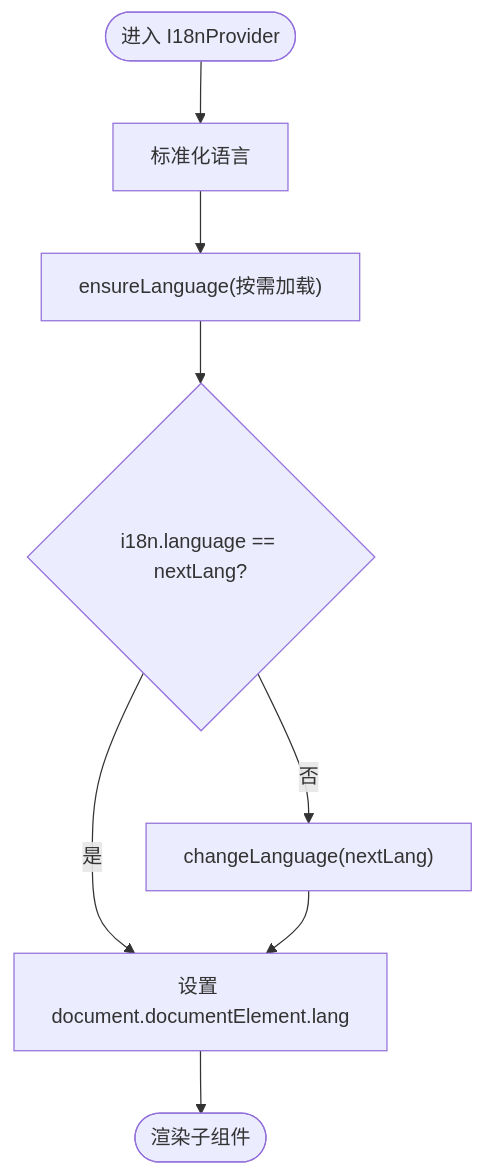
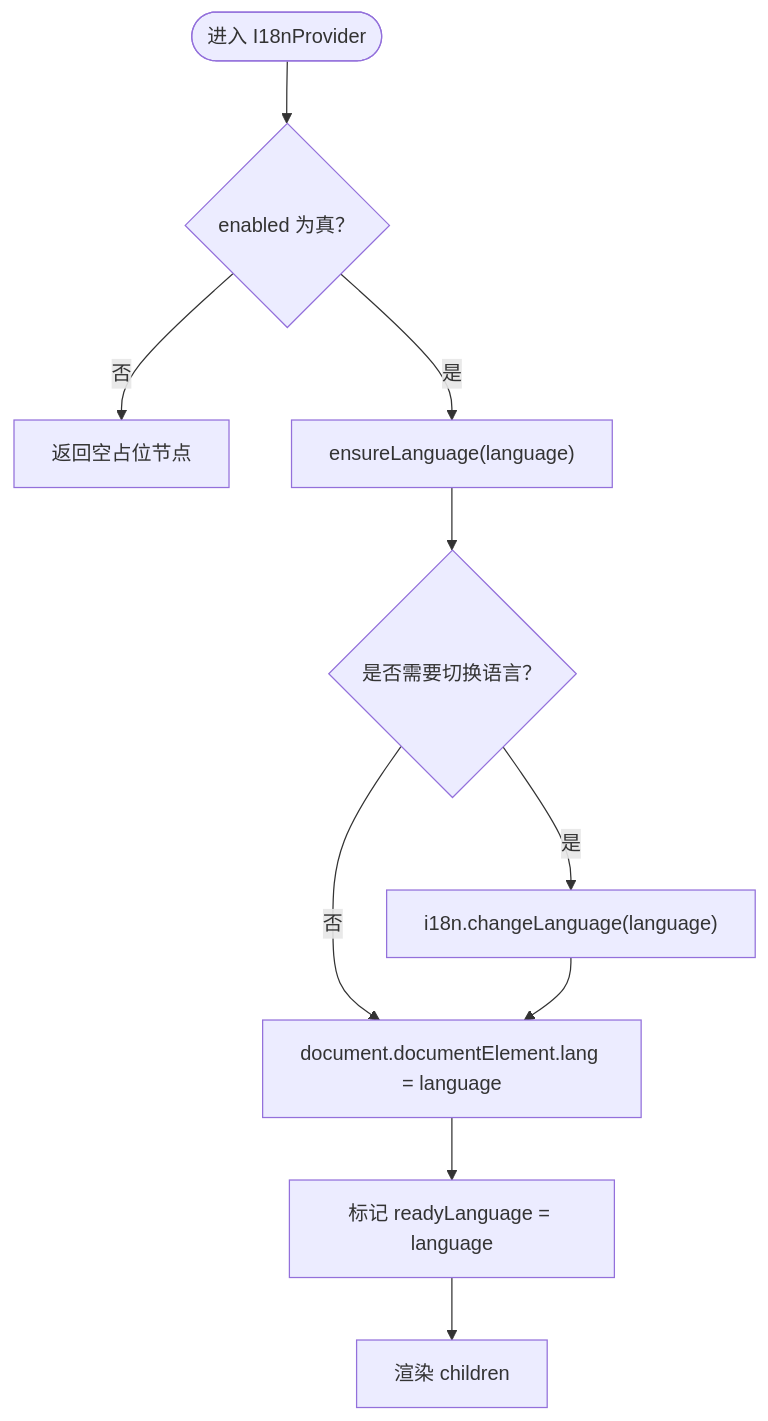
One commit to gongzili456/DeepTutor changed the third of 7 diagrams in .qoder/repowiki/zh/content/前端架构/国际化支持.md. Above: the diagram before and after it, drawn with Mermaid. The commit also changed other lines of this file and 1242 other files, not shown here.

````diff
--- a/.qoder/repowiki/zh/content/前端架构/国际化支持.md
+++ b/.qoder/repowiki/zh/content/前端架构/国际化支持.md
@@ -113,10 +122,12 @@
 ```mermaid
 flowchart TD
-Start(["进入 I18nProvider"]) --> Normalize["标准化语言"]
-Normalize --> Ensure["ensureLanguage(按需加载)"]
-Ensure --> Check{"i18n.language == nextLang?"}
-Check -- 否 --> Change["changeLanguage(nextLang)"]
-Check -- 是 --> SyncHTML["设置 document.documentElement.lang"]
-Change --> SyncHTML
-SyncHTML --> End(["渲染子组件"])
+Start(["进入 I18nProvider"]) --> CheckEnabled{"enabled 为真？"}
+CheckEnabled --> |否| RenderEmpty["返回空占位节点"]
+CheckEnabled --> |是| Ensure["ensureLanguage(language)"]
+Ensure --> ChangeLang{"是否需要切换语言？"}
+ChangeLang --> |是| DoChange["i18n.changeLanguage(language)"]
+ChangeLang --> |否| SyncHtml["document.documentElement.lang = language"]
+DoChange --> SyncHtml
+SyncHtml --> Ready["标记 readyLanguage = language"]
+Ready --> RenderChildren["渲染 children"]
 ```
````
